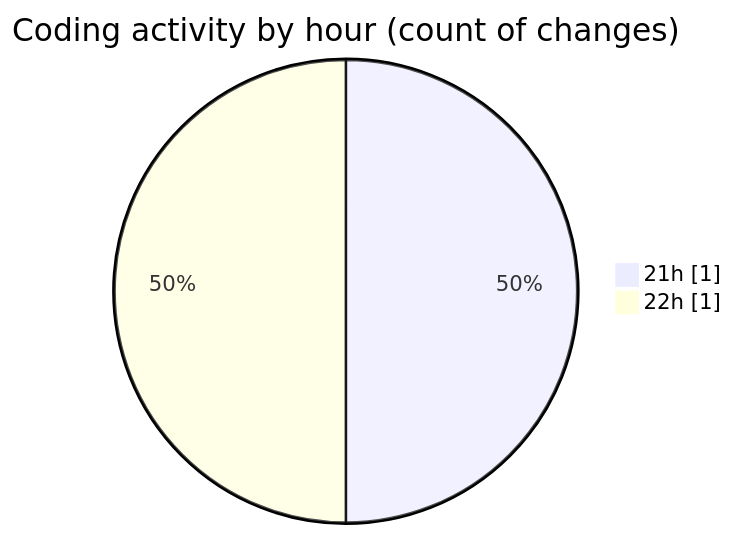
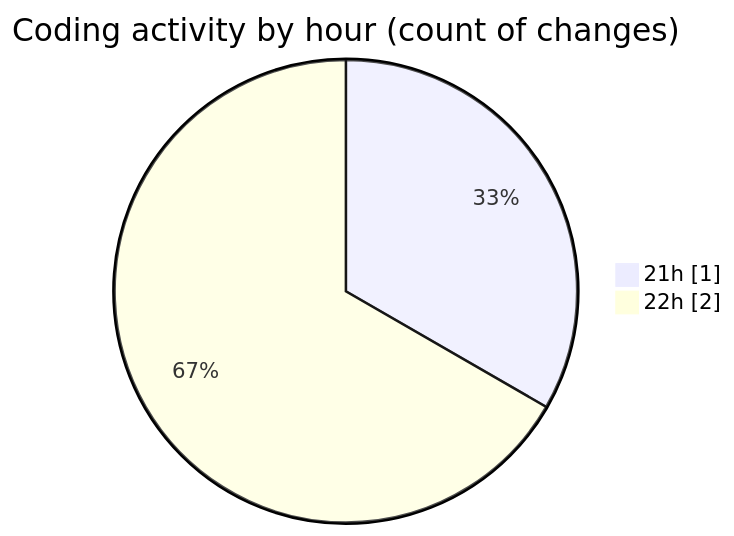
Before and after one commit to nxtqubesakshisongat/code-tracking: the second of 2 diagrams in 2026-02-21/nxtqube_webapp/README.md, drawn with Mermaid. The commit also changed other lines of this file and 1 other file, not shown here.

````diff
--- a/2026-02-21/nxtqube_webapp/README.md
+++ b/2026-02-21/nxtqube_webapp/README.md
@@ -28,6 +28,6 @@
 ```mermaid
 pie showData
 title Coding activity by hour (count of changes)
 "21h" : 1
-"22h" : 1
+"22h" : 2
 ```
````
